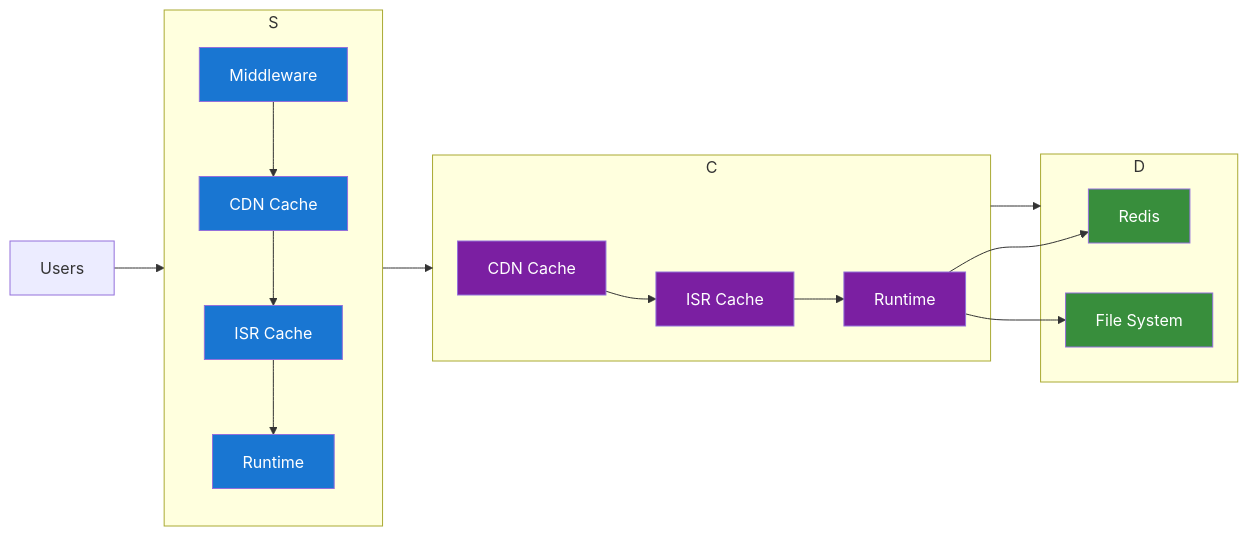
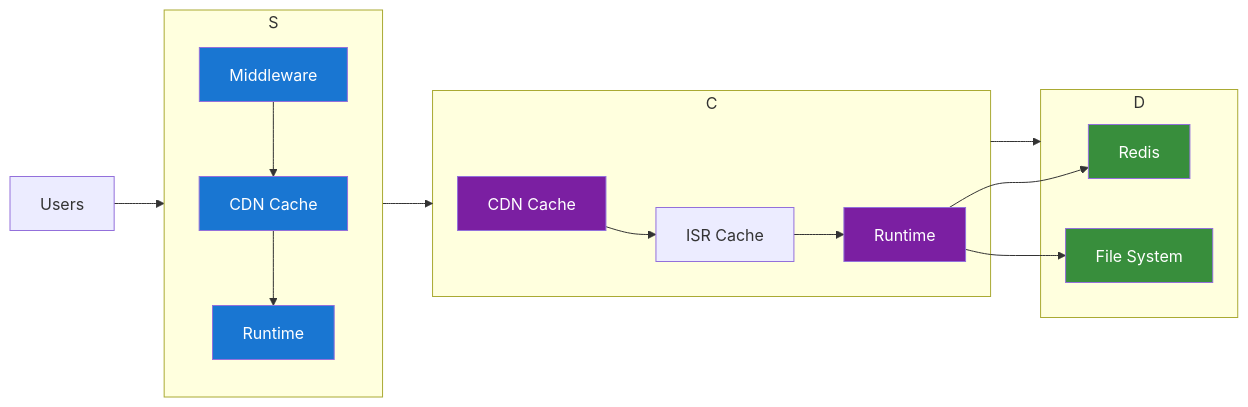
Before and after one commit to vercel-labs/isr-platform-shield: the first of 6 diagrams in docs/ARCHITECTURE.md, drawn with Mermaid.

Commit message:
fix arch doc

````diff
--- a/docs/ARCHITECTURE.md
+++ b/docs/ARCHITECTURE.md
@@ -47,37 +47,36 @@
 ```mermaid
 graph LR
     U[Users] --> S[Shield Layer<br/>Port 3000]
     S --> C[Core Layer<br/>Port 3001]
     C --> D[Data Layer]
 
     subgraph S
         MW[Middleware]
         CDN1[CDN Cache]
-        ISR1[ISR Cache]
         RT1[Runtime]
     end
 
     subgraph C
         CDN2[CDN Cache]
-        ISR2[ISR Cache]
+        ISR[ISR Cache]
         RT2[Runtime]
     end
 
     subgraph D
         R[Redis]
         FS[File System]
     end
 
-    MW --> CDN1 --> ISR1 --> RT1
-    CDN2 --> ISR2 --> RT2
+    MW --> CDN1 --> RT1
+    CDN2 --> ISR --> RT2
     RT2 --> R
     RT2 --> FS
 
     classDef shield fill:#1976d2,color:#fff
     classDef core fill:#7b1fa2,color:#fff
     classDef data fill:#388e3c,color:#fff
 
     class MW,CDN1,ISR1,RT1 shield
     class CDN2,ISR2,RT2 core
     class R,FS data
 ```
````
